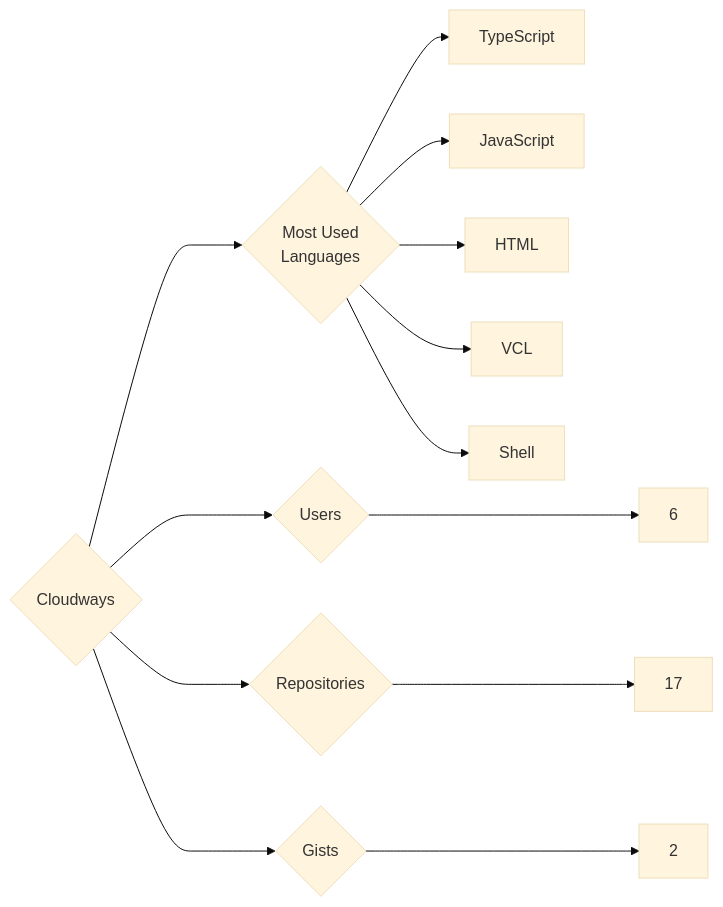
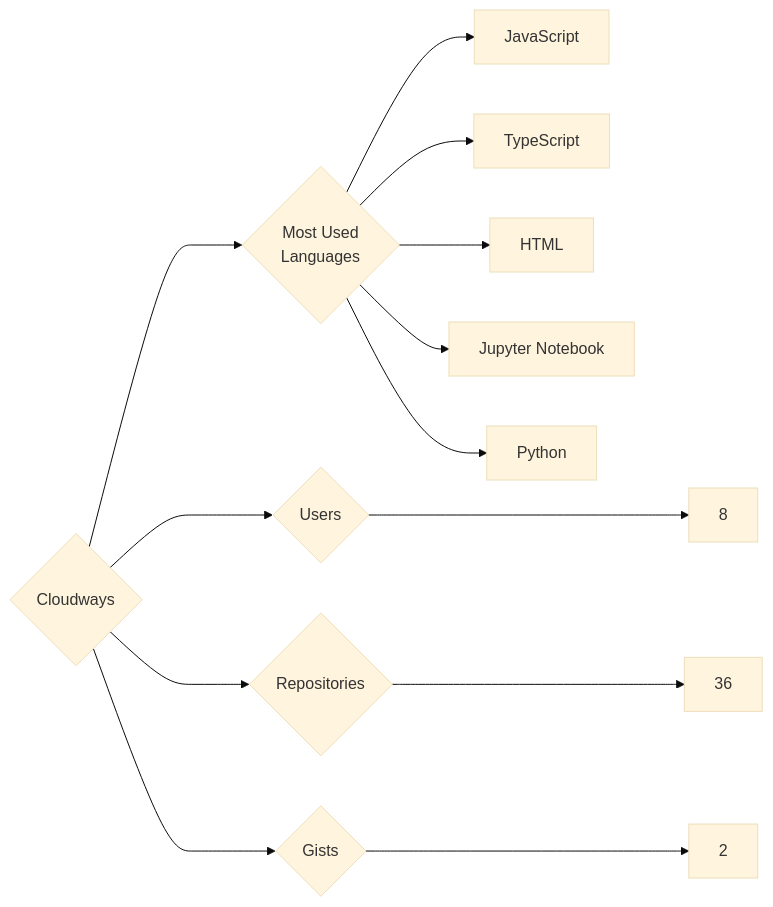
One commit to trickest/insiders changed the diagram in targets/Cloudways/README.md. Above: the diagram before and after it, drawn with Mermaid (base theme). The commit also changed 838 other files, not shown here.

````diff
--- a/targets/Cloudways/README.md
+++ b/targets/Cloudways/README.md
@@ -3,13 +3,13 @@
 ```mermaid
 graph LR
 COMPANY_NAME{Cloudways}
-COMPANY_NAME ---> U{Users} ---> UN[6]
-COMPANY_NAME ---> R{Repositories} ---> RN[17]
+COMPANY_NAME ---> U{Users} ---> UN[8]
+COMPANY_NAME ---> R{Repositories} ---> RN[36]
 COMPANY_NAME ---> G{Gists} ---> GN[2]
 COMPANY_NAME ---> ML{Most Used<br>Languages}
+ML --> JavaScript[JavaScript]
 ML --> TypeScript[TypeScript]
-ML --> JavaScript[JavaScript]
 ML --> HTML[HTML]
-ML --> VCL[VCL]
-ML --> Shell[Shell]
+ML --> Jupyter_Notebook[Jupyter Notebook]
+ML --> Python[Python]
 ```
````
